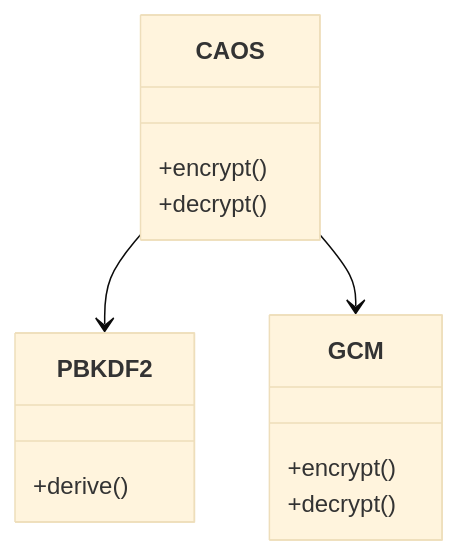
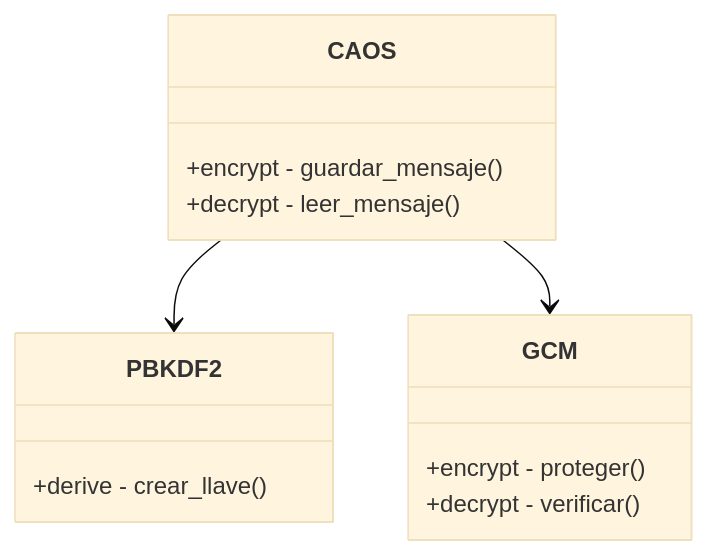
The sixth of 7 diagrams in docs/CAOS_V4_Diagrams.md (infantesromeroadrian/Encryption-CAOS-V4-Algorithms), drawn with Mermaid (base theme) before and after one commit. The commit also changed other lines of this file and 123 other files, not shown here.

````diff
--- a/docs/CAOS_V4_Diagrams.md
+++ b/docs/CAOS_V4_Diagrams.md
@@ -124,19 +122,19 @@
 ```mermaid
 classDiagram
     class CAOS {
-        +encrypt()
-        +decrypt()
+        +encrypt - guardar_mensaje()
+        +decrypt - leer_mensaje()
     }
     
     class PBKDF2 {
-        +derive()
+        +derive - crear_llave()
     }
     
     class GCM {
-        +encrypt()
-        +decrypt()
+        +encrypt - proteger()
+        +decrypt - verificar()
     }
     
     CAOS --> PBKDF2
     CAOS --> GCM
 ```
````
